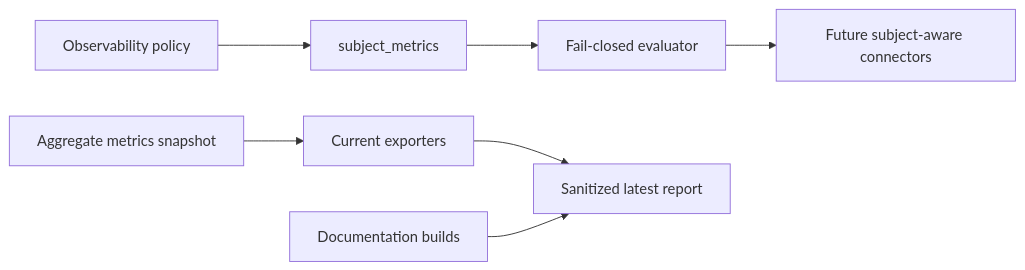
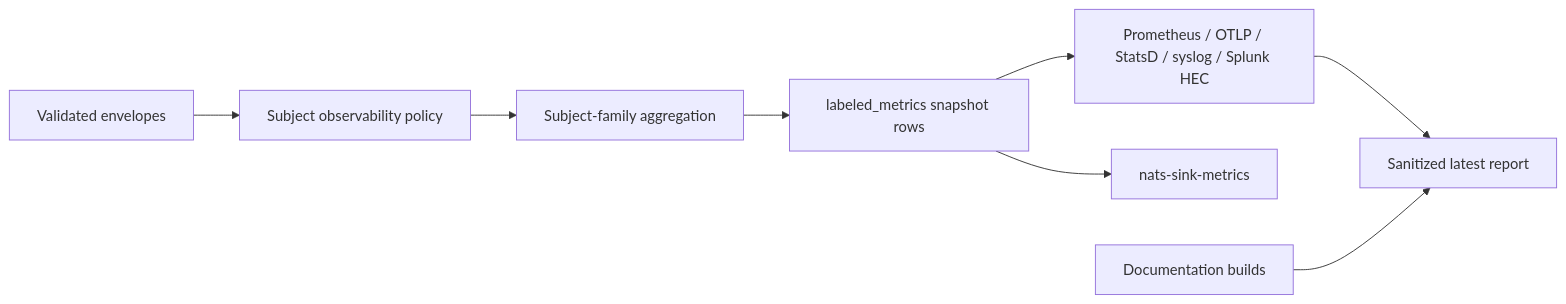
The diagram in docs/test-report.md (ProjectCuillin/nats-sinks), drawn with Mermaid before and after one commit. The commit also changed other lines of this file and 22 other files, not shown here.

Commit message:
Add bounded subject-family metric aggregation

````diff
--- a/docs/test-report.md
+++ b/docs/test-report.md
@@ -32,9 +32,10 @@
 ```mermaid
 flowchart LR
-    Config[Observability policy] --> SubjectMetrics[subject_metrics]
-    SubjectMetrics --> Decision[Fail-closed evaluator]
-    Snapshot[Aggregate metrics snapshot] --> Exporter[Current exporters]
-    Decision --> Future[Future subject-aware connectors]
-    Exporter --> Report[Sanitized latest report]
+    Messages[Validated envelopes] --> Policy[Subject observability policy]
+    Policy --> Aggregator[Subject-family aggregation]
+    Aggregator --> Snapshot[labeled_metrics snapshot rows]
+    Snapshot --> Exporters[Prometheus / OTLP / StatsD / syslog / Splunk HEC]
+    Snapshot --> CLI[nats-sink-metrics]
+    Exporters --> Report[Sanitized latest report]
     Docs[Documentation builds] --> Report
 ```
````
